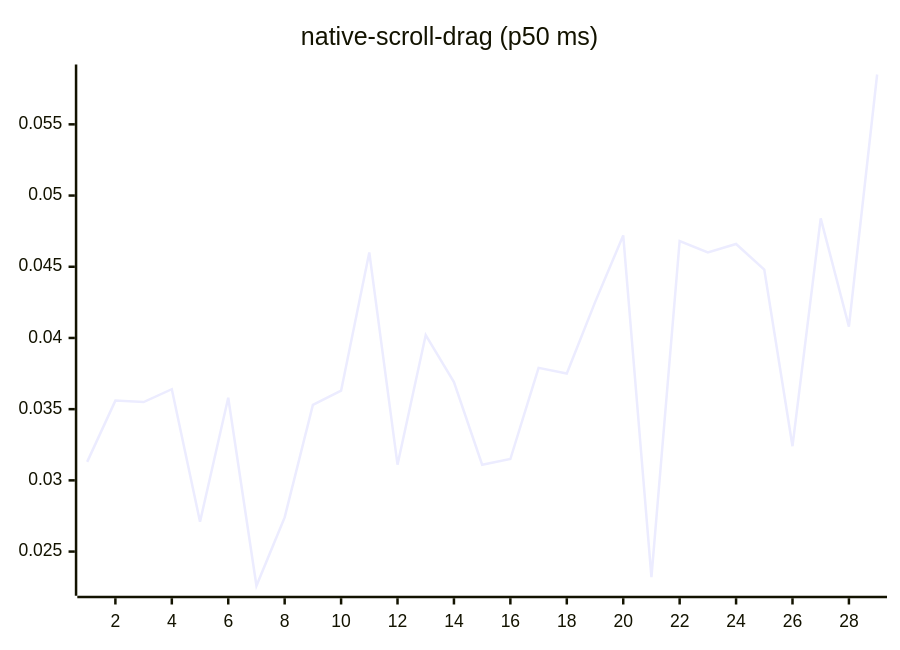
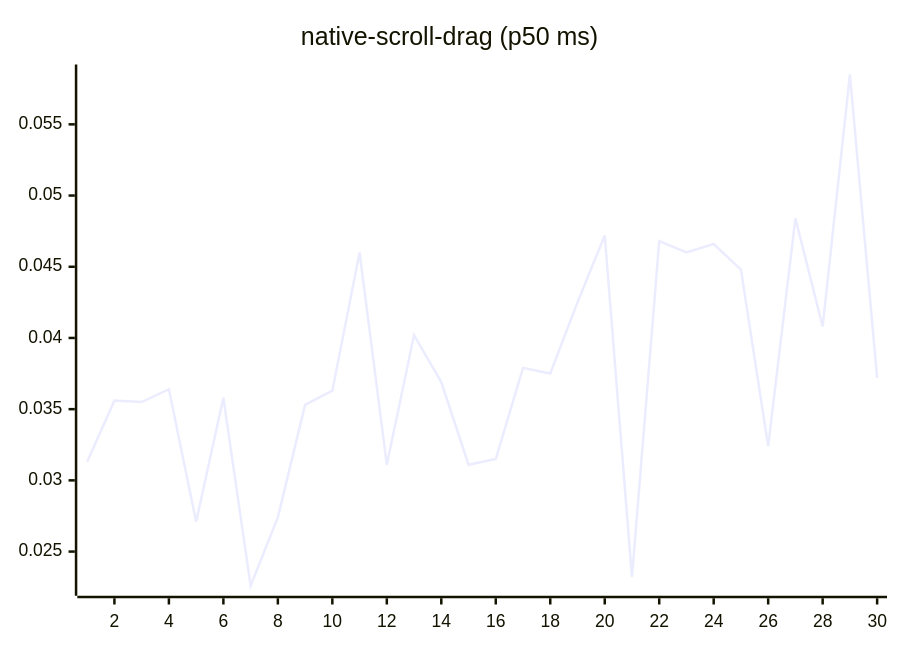
One commit to josha/Facet changed diagram 14 of 27 in README.md. Above: the diagram before and after it, drawn with Mermaid. The commit also changed other lines of this file and 2 other files, not shown here.

````diff
--- a/README.md
+++ b/README.md
@@ -154,6 +154,6 @@
 ```mermaid
 xychart-beta
     title "native-scroll-drag (p50 ms)"
-    x-axis 1 --> 29
-    line [0.0313, 0.0356, 0.0355, 0.0364, 0.0271, 0.0358, 0.0226, 0.0274, 0.0353, 0.0363, 0.0460, 0.0311, 0.0402, 0.0369, 0.0311, 0.0315, 0.0379, 0.0375, 0.0425, 0.0472, 0.0232, 0.0468, 0.0460, 0.0466, 0.0448, 0.0324, 0.0484, 0.0408, 0.0585]
+    x-axis 1 --> 30
+    line [0.0313, 0.0356, 0.0355, 0.0364, 0.0271, 0.0358, 0.0226, 0.0274, 0.0353, 0.0363, 0.0460, 0.0311, 0.0402, 0.0369, 0.0311, 0.0315, 0.0379, 0.0375, 0.0425, 0.0472, 0.0232, 0.0468, 0.0460, 0.0466, 0.0448, 0.0324, 0.0484, 0.0408, 0.0585, 0.0372]
 ```
````
